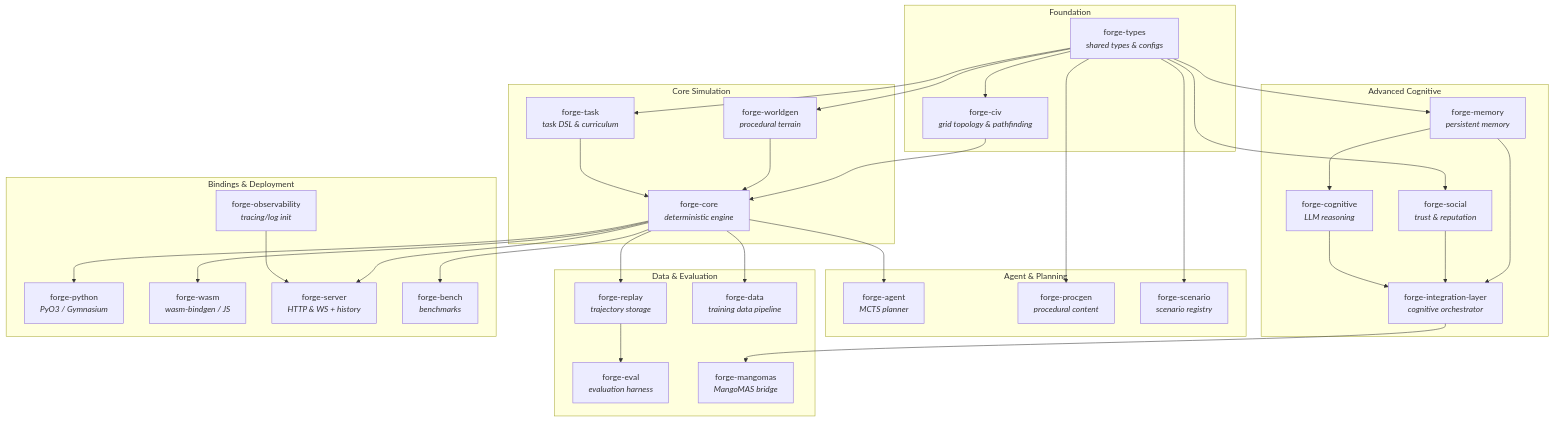
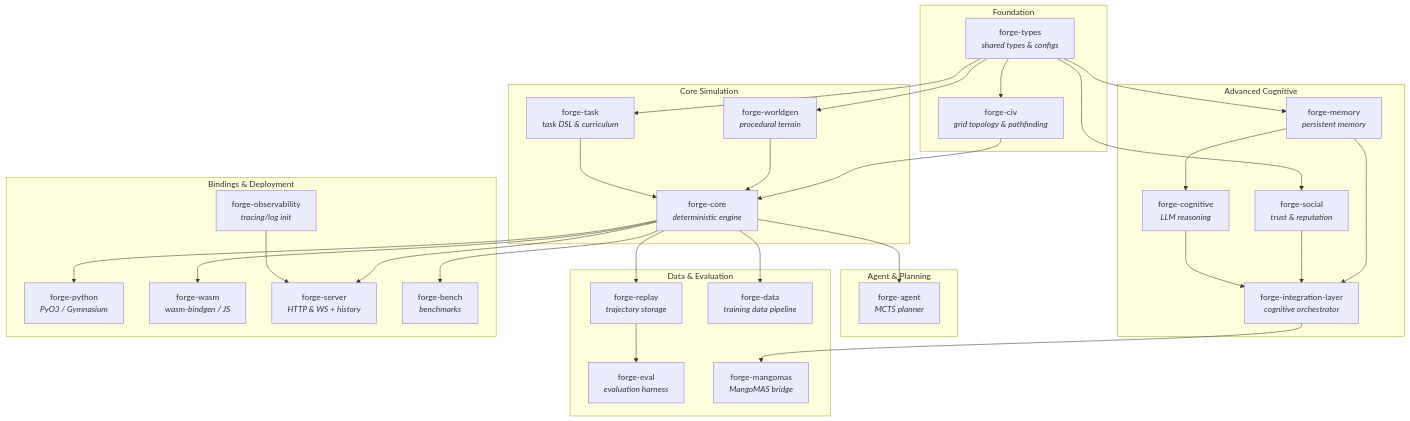
The diagram in README.md (ianshank/FORGE), drawn with Mermaid before and after one commit. The commit also changed 18 other files, not shown here.

````diff
--- a/README.md
+++ b/README.md
@@ -156,69 +156,65 @@
 ```mermaid
 graph TD
     subgraph "Foundation"
         forge_types["forge-types<br/><i>shared types & configs</i>"]
         forge_civ["forge-civ<br/><i>grid topology & pathfinding</i>"]
     end
 
     subgraph "Core Simulation"
         forge_worldgen["forge-worldgen<br/><i>procedural terrain</i>"]
         forge_task["forge-task<br/><i>task DSL & curriculum</i>"]
         forge_core["forge-core<br/><i>deterministic engine</i>"]
     end
 
     subgraph "Agent & Planning"
         forge_agent["forge-agent<br/><i>MCTS planner</i>"]
-        forge_procgen["forge-procgen<br/><i>procedural content</i>"]
-        forge_scenario["forge-scenario<br/><i>scenario registry</i>"]
     end
 
     subgraph "Advanced Cognitive"
         forge_memory["forge-memory<br/><i>persistent memory</i>"]
         forge_social["forge-social<br/><i>trust & reputation</i>"]
         forge_cognitive["forge-cognitive<br/><i>LLM reasoning</i>"]
         forge_integration["forge-integration-layer<br/><i>cognitive orchestrator</i>"]
     end
 
     subgraph "Data & Evaluation"
         forge_replay["forge-replay<br/><i>trajectory storage</i>"]
         forge_eval["forge-eval<br/><i>evaluation harness</i>"]
         forge_data["forge-data<br/><i>training data pipeline</i>"]
         forge_mangomas["forge-mangomas<br/><i>MangoMAS bridge</i>"]
     end
 
     subgraph "Bindings & Deployment"
         forge_python["forge-python<br/><i>PyO3 / Gymnasium</i>"]
         forge_wasm["forge-wasm<br/><i>wasm-bindgen / JS</i>"]
         forge_server["forge-server<br/><i>HTTP & WS + history</i>"]
         forge_observability["forge-observability<br/><i>tracing/log init</i>"]
         forge_bench["forge-bench<br/><i>benchmarks</i>"]
     end
 
     forge_types --> forge_worldgen
     forge_types --> forge_task
     forge_types --> forge_civ
     forge_types --> forge_memory
     forge_types --> forge_social
-    forge_types --> forge_procgen
-    forge_types --> forge_scenario
 
     forge_civ --> forge_core
     forge_worldgen --> forge_core
     forge_task --> forge_core
     forge_core --> forge_agent
     forge_memory --> forge_cognitive
     forge_memory --> forge_integration
     forge_social --> forge_integration
     forge_cognitive --> forge_integration
 
     forge_core --> forge_replay
     forge_replay --> forge_eval
     forge_core --> forge_data
     forge_integration --> forge_mangomas
 
     forge_core --> forge_python
     forge_core --> forge_wasm
     forge_core --> forge_server
     forge_core --> forge_bench
     forge_observability --> forge_server
 ```
````
